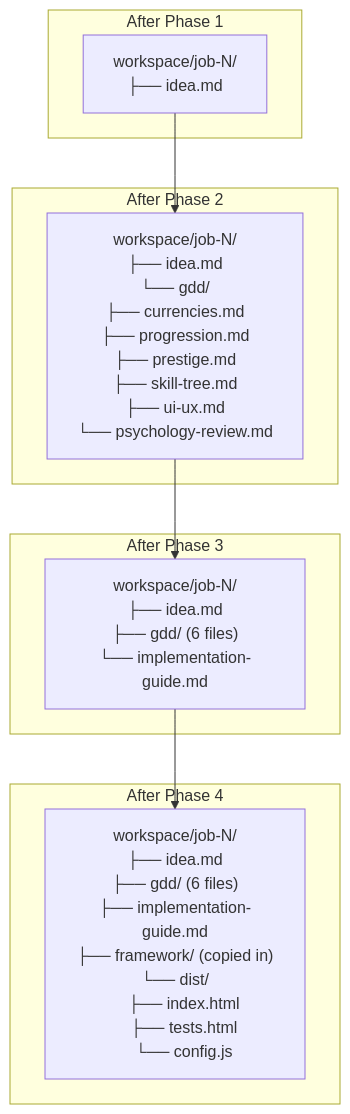
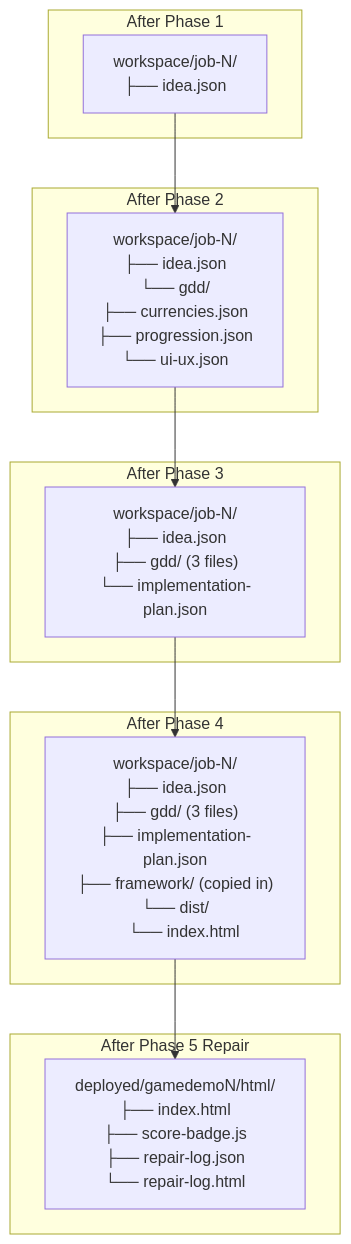
Before and after one commit to J-Gierend/gamePocGen: the second of 9 diagrams in AI/document/05-data-pipelines.md, drawn with Mermaid. The commit also changed other lines of this file and 12 other files, not shown here.

First line of the commit message:
fix: regenerate all architecture docs from current source

````diff
--- a/AI/document/05-data-pipelines.md
+++ b/AI/document/05-data-pipelines.md
@@ -19,20 +21,24 @@
 ```mermaid
 flowchart TD
     subgraph "After Phase 1"
-        W1["workspace/job-N/\n├── idea.md"]
+        W1["workspace/job-N/\n├── idea.json"]
     end
 
     subgraph "After Phase 2"
-        W2["workspace/job-N/\n├── idea.md\n└── gdd/\n    ├── currencies.md\n    ├── progression.md\n    ├── prestige.md\n    ├── skill-tree.md\n    ├── ui-ux.md\n    └── psychology-review.md"]
+        W2["workspace/job-N/\n├── idea.json\n└── gdd/\n    ├── currencies.json\n    ├── progression.json\n    └── ui-ux.json"]
     end
 
     subgraph "After Phase 3"
-        W3["workspace/job-N/\n├── idea.md\n├── gdd/ (6 files)\n└── implementation-guide.md"]
+        W3["workspace/job-N/\n├── idea.json\n├── gdd/ (3 files)\n└── implementation-plan.json"]
     end
 
     subgraph "After Phase 4"
-        W4["workspace/job-N/\n├── idea.md\n├── gdd/ (6 files)\n├── implementation-guide.md\n├── framework/ (copied in)\n└── dist/\n    ├── index.html\n    ├── tests.html\n    └── config.js"]
+        W4["workspace/job-N/\n├── idea.json\n├── gdd/ (3 files)\n├── implementation-plan.json\n├── framework/ (copied in)\n└── dist/\n    └── index.html"]
     end
 
-    W1 --> W2 --> W3 --> W4
+    subgraph "After Phase 5 Repair"
+        W5["deployed/gamedemoN/html/\n├── index.html\n├── score-badge.js\n├── repair-log.json\n└── repair-log.html"]
+    end
+
+    W1 --> W2 --> W3 --> W4 --> W5
 ```
````
